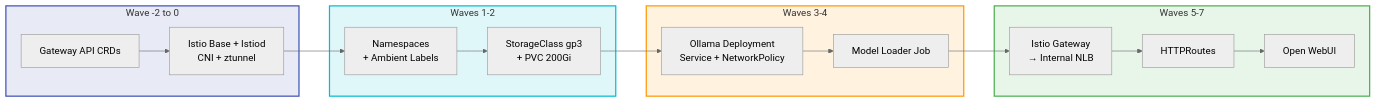
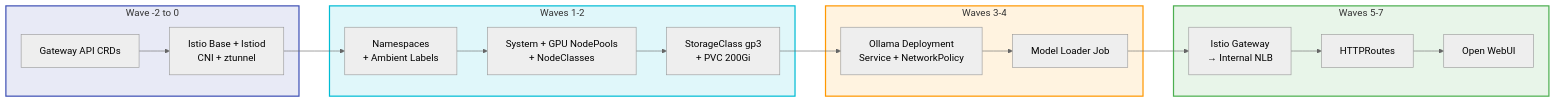
Before and after one commit to shanaka-versent/Ollama-on-EKS: the fourth of 4 diagrams in README.md, drawn with Mermaid (neutral theme). The commit also changed other lines of this file and 5 other files, not shown here.

First line of the commit message:
fix: rename system NodePool to system-x86, fix NodeClass ref, add weight

````diff
--- a/README.md
+++ b/README.md
@@ -595,30 +645,31 @@
 ```mermaid
 flowchart LR
     subgraph W0["Wave -2 to 0"]
         CRD["Gateway API CRDs"]
         ISTIO["Istio Base + Istiod\nCNI + ztunnel"]
     end
 
     subgraph W1["Waves 1-2"]
         NS["Namespaces\n+ Ambient Labels"]
+        NP["System + GPU NodePools\n+ NodeClasses"]
         ST["StorageClass gp3\n+ PVC 200Gi"]
     end
 
     subgraph W2["Waves 3-4"]
         OLM["Ollama Deployment\nService + NetworkPolicy"]
         ML["Model Loader Job"]
     end
 
     subgraph W3["Waves 5-7"]
         GW["Istio Gateway\n→ Internal NLB"]
         HR["HTTPRoutes"]
         WUI["Open WebUI"]
     end
 
-    CRD --> ISTIO --> NS --> ST --> OLM --> ML --> GW --> HR --> WUI
+    CRD --> ISTIO --> NS --> NP --> ST --> OLM --> ML --> GW --> HR --> WUI
 
     style W0 fill:#e8eaf6,stroke:#3f51b5,stroke-width:2px
     style W1 fill:#e0f7fa,stroke:#00bcd4,stroke-width:2px
     style W2 fill:#fff3e0,stroke:#ff9800,stroke-width:2px
     style W3 fill:#e8f5e9,stroke:#4caf50,stroke-width:2px
 ```
````
